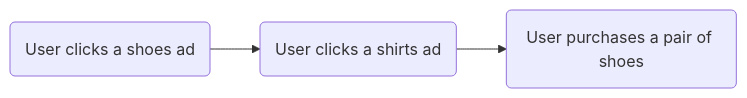
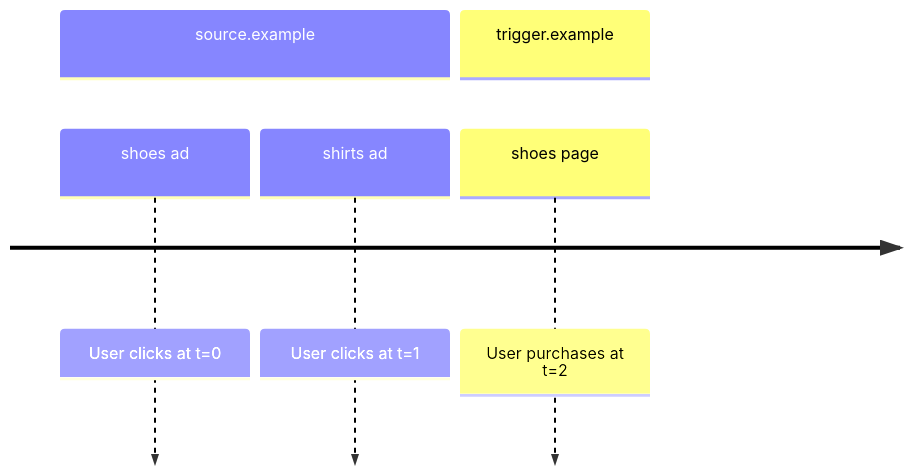
The diagram in attribution_scopes.md (WICG/attribution-reporting-api), drawn with Mermaid before and after one commit.

Commit message:
update diagram

````diff
--- a/attribution_scopes.md
+++ b/attribution_scopes.md
@@ -110,5 +110,8 @@
 ```mermaid
-flowchart LR
-  A(User clicks a shoes ad) --> B(User clicks a shirts ad)
-  B --> C(User purchases a pair of shoes)
+timeline
+  section source.example
+    shoes ad: User clicks at t=0
+    shirts ad: User clicks at t=1
+  section trigger.example
+    shoes page: User purchases at t=2
 ```
````
